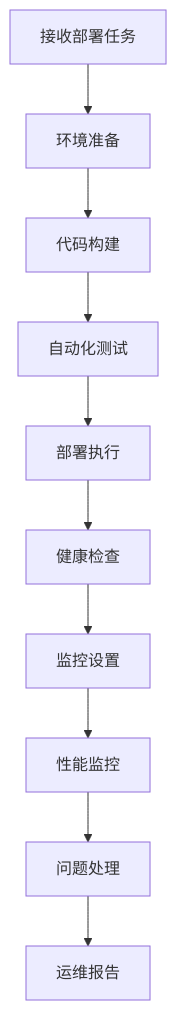
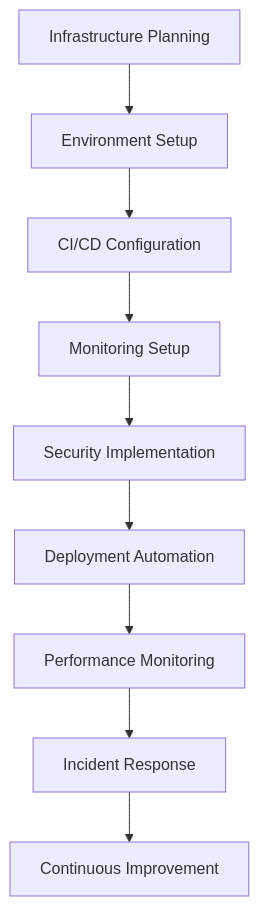
The fifth of 5 diagrams in docs/level2/role-system.md (fallrising/bee_swarm), drawn with Mermaid before and after one commit. The commit also changed other lines of this file and 8 other files, not shown here.

````diff
--- a/docs/level2/role-system.md
+++ b/docs/level2/role-system.md
@@ -146,12 +145,11 @@
 ```mermaid
 graph TD
-    A[接收部署任务] --> B[环境准备]
-    B --> C[代码构建]
-    C --> D[自动化测试]
-    D --> E[部署执行]
-    E --> F[健康检查]
-    F --> G[监控设置]
-    G --> H[性能监控]
-    H --> I[问题处理]
-    I --> J[运维报告]
+    A[Infrastructure Planning] --> B[Environment Setup]
+    B --> C[CI/CD Configuration]
+    C --> D[Monitoring Setup]
+    D --> E[Security Implementation]
+    E --> F[Deployment Automation]
+    F --> G[Performance Monitoring]
+    G --> H[Incident Response]
+    H --> I[Continuous Improvement]
 ```
````
